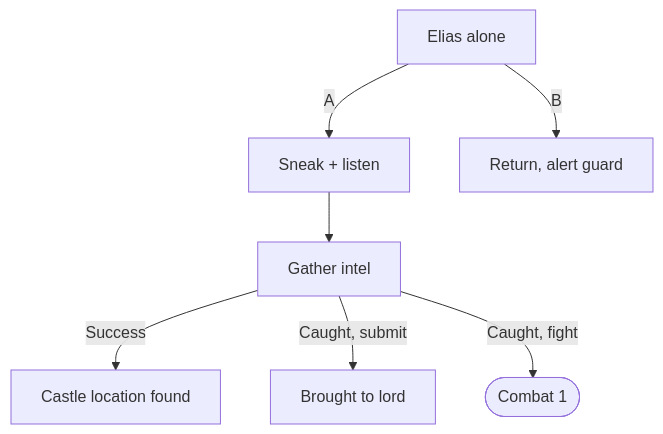
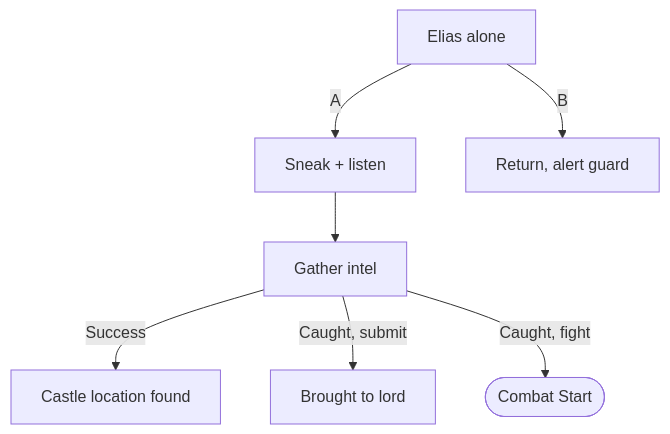
The eighth of 11 diagrams in Lore/Scenes/Intros/Elias.md (Kitick/Anthro), drawn with Mermaid before and after one commit. The commit also changed other lines of this file, not shown here.

Commit message:
collapsed combat 1 and 3 to one node

````diff
--- a/Lore/Scenes/Intros/Elias.md
+++ b/Lore/Scenes/Intros/Elias.md
@@ -178,10 +177,10 @@
 ```mermaid
 flowchart TD
     Scen2[Elias alone] -->|A| S2A[Sneak + listen]
     Scen2 -->|B| S2B[Return, alert guard]
 
     S2A --> S2A_Obj[Gather intel]
     S2A_Obj -->|Success| S2A_Success[Castle location found]
     S2A_Obj -->|Caught, submit| S2A_Submit[Brought to lord]
-    S2A_Obj -->|Caught, fight| Combat1([Combat 1])
+    S2A_Obj -->|Caught, fight| CombatStart([Combat Start])
 ```
````
